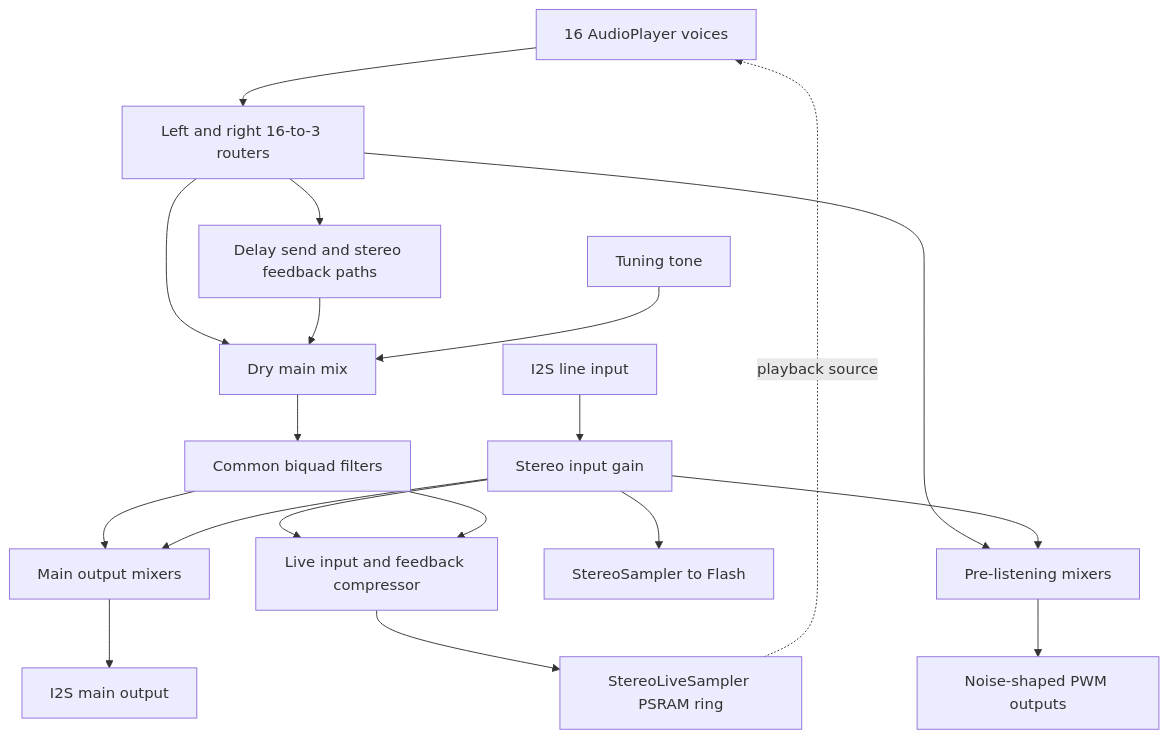
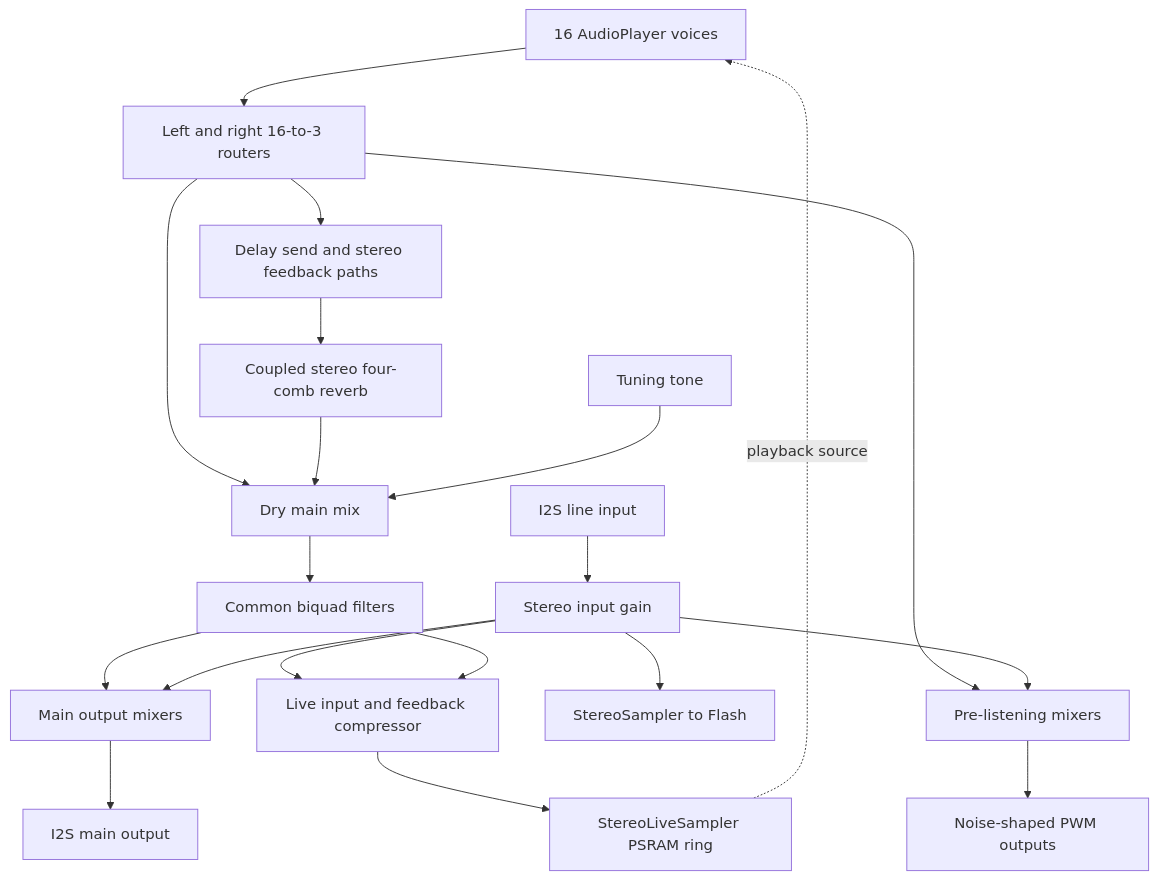
The diagram in FIRMWARE_ARCHITECTURE.md (SandroGrassia/Lilla_Audio_Sampler), drawn with Mermaid before and after one commit. The commit also changed other lines of this file and 13 other files, not shown here.

````diff
--- a/FIRMWARE_ARCHITECTURE.md
+++ b/FIRMWARE_ARCHITECTURE.md
@@ -58,21 +58,22 @@
 ```mermaid
 flowchart TD
     Voices[16 AudioPlayer voices] --> Routers[Left and right 16-to-3 routers]
     Routers --> Delay[Delay send and stereo feedback paths]
     Routers --> Dry[Dry main mix]
-    Delay --> Dry
+    Delay --> Reverb[Coupled stereo four-comb reverb]
+    Reverb --> Dry
     Tone[Tuning tone] --> Dry
     Dry --> Filter[Common biquad filters]
     Filter --> Main[Main output mixers]
     Input[I2S line input] --> Gain[Stereo input gain]
     Gain --> Main
     Main --> I2S[I2S main output]
     Routers --> Monitor[Pre-listening mixers]
     Gain --> Monitor
     Monitor --> PWM[Noise-shaped PWM outputs]
     Gain --> Sampler[StereoSampler to Flash]
     Gain --> Compressor[Live input and feedback compressor]
     Filter --> Compressor
     Compressor --> Live[StereoLiveSampler PSRAM ring]
     Live -. playback source .-> Voices
 ```
````
